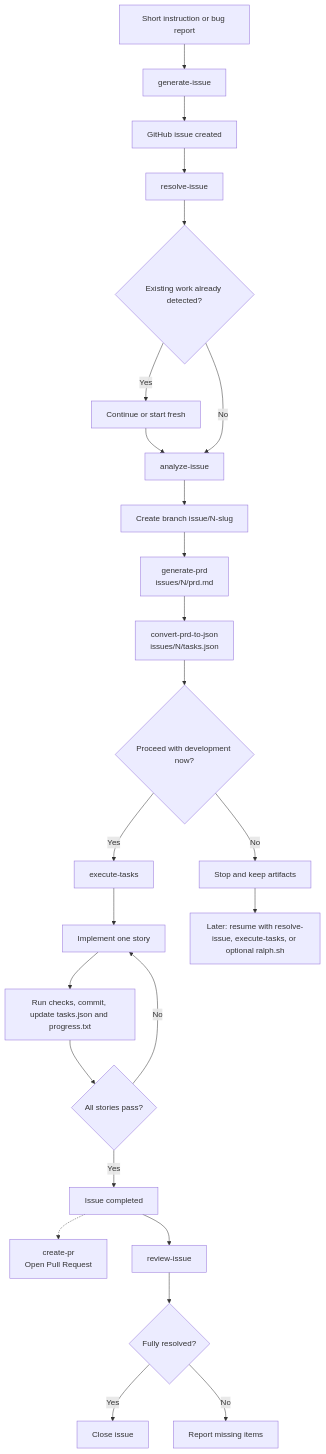
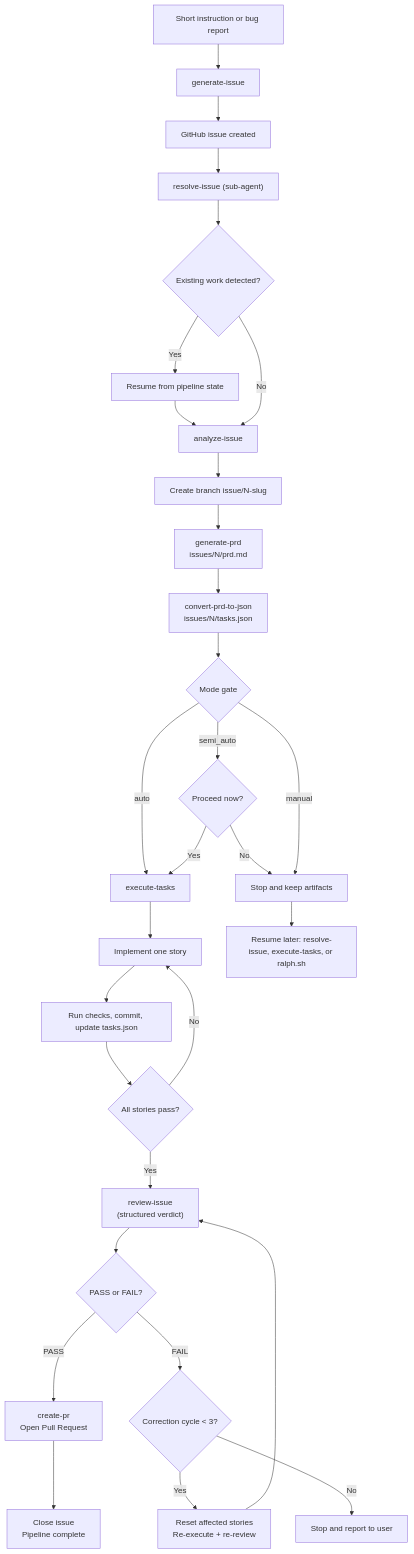
The diagram in README.md (fabioassuncao/issue-flow), drawn with Mermaid before and after one commit. The commit also changed other lines of this file and 9 other files, not shown here.

First line of the commit message:
Introduce sub-agent orchestrator with auto-correction loop

````diff
--- a/README.md
+++ b/README.md
@@ -20,27 +70,32 @@
 ```mermaid
 flowchart TD
     A[Short instruction or bug report] --> B[generate-issue]
     B --> C[GitHub issue created]
-    C --> D[resolve-issue]
-    D --> E{Existing work already detected?}
-    E -- Yes --> E1[Continue or start fresh]
-    E1 --> F[analyze-issue]
+    C --> D["resolve-issue (sub-agent)"]
+    D --> E{Existing work detected?}
+    E -- Yes --> E1["Resume from pipeline state"]
+    E1 --> F
     E -- No --> F[analyze-issue]
     F --> G[Create branch issue/N-slug]
     G --> H[generate-prd<br/>issues/N/prd.md]
     H --> I[convert-prd-to-json<br/>issues/N/tasks.json]
-    I --> J{Proceed with development now?}
-    J -- Yes --> K[execute-tasks]
+    I --> J{"Mode gate"}
+    J -- "auto" --> K[execute-tasks]
+    J -- "semi_auto" --> J1{Proceed now?}
+    J1 -- Yes --> K
+    J1 -- No --> P[Stop and keep artifacts]
+    J -- "manual" --> P
     K --> L[Implement one story]
-    L --> M[Run checks, commit, update tasks.json and progress.txt]
+    L --> M[Run checks, commit, update tasks.json]
     M --> N{All stories pass?}
     N -- No --> L
-    N -- Yes --> O[Issue completed]
-    O -.-> R[create-pr<br/>Open Pull Request]
-    O --> V[review-issue]
-    V --> S{Fully resolved?}
-    S -- Yes --> T[Close issue]
-    S -- No --> U[Report missing items]
-    J -- No --> P[Stop and keep artifacts]
-    P --> Q[Later: resume with resolve-issue, execute-tasks, or optional ralph.sh]
+    N -- Yes --> V["review-issue<br/>(structured verdict)"]
+    V --> S{PASS or FAIL?}
+    S -- PASS --> R["create-pr<br/>Open Pull Request"]
+    R --> T["Close issue<br/>Pipeline complete"]
+    S -- FAIL --> W{"Correction cycle < 3?"}
+    W -- Yes --> X["Reset affected stories<br/>Re-execute + re-review"]
+    X --> V
+    W -- No --> Y[Stop and report to user]
+    P --> Q["Resume later: resolve-issue, execute-tasks, or ralph.sh"]
 ```
````
